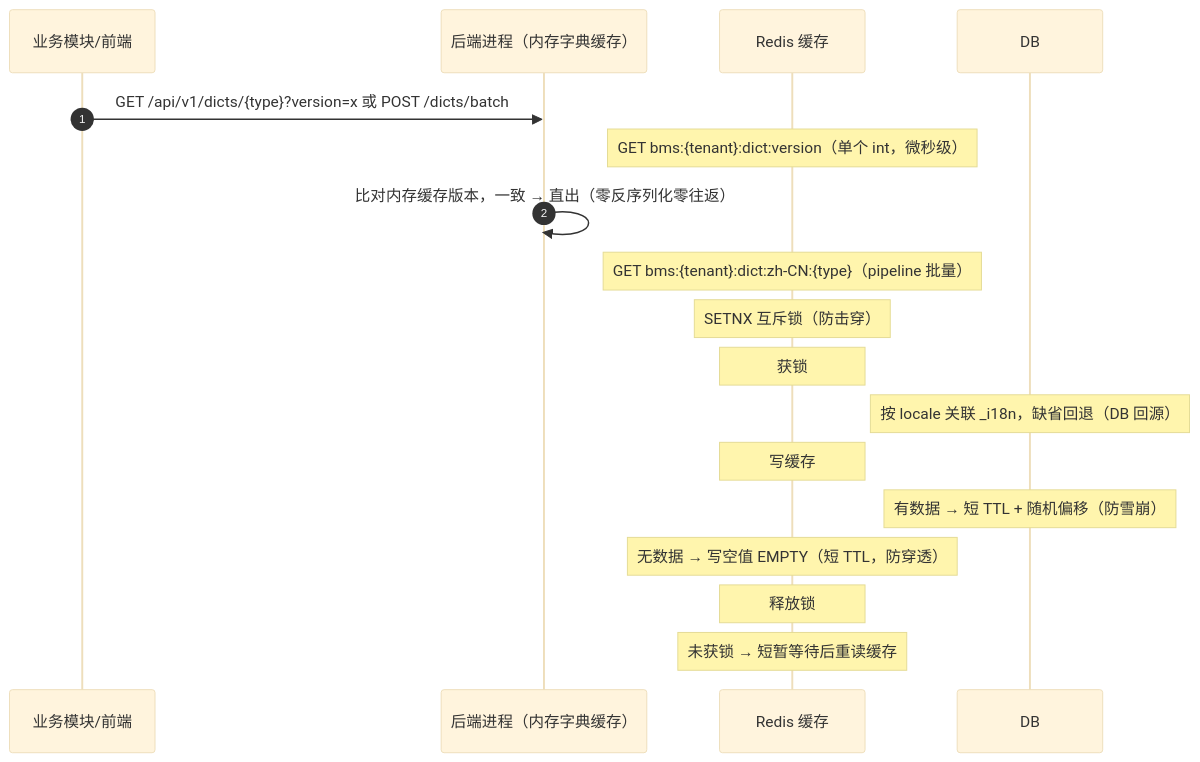
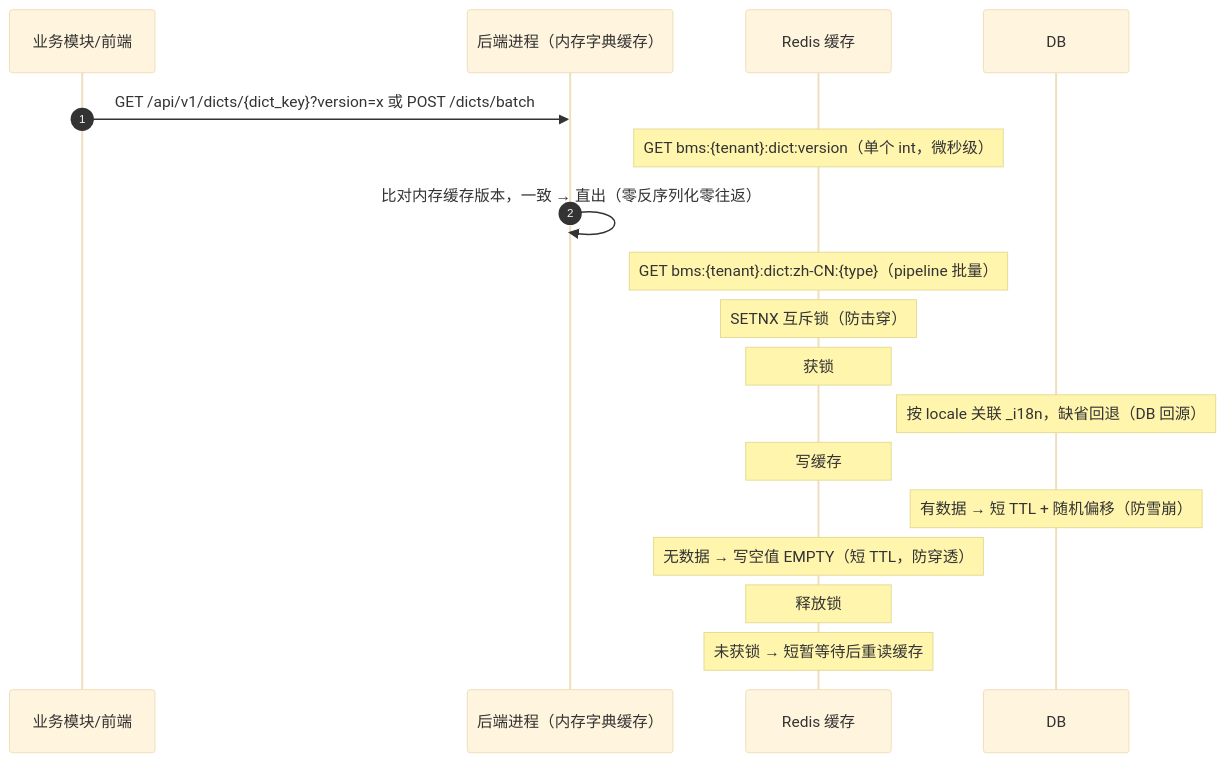
One commit to minjian123/basic-management-system changed the first of 2 diagrams in bms文档/设计/概要设计/09_概要设计_字典管理.md. Above: the diagram before and after it, drawn with Mermaid (base theme). The commit also changed other lines of this file and 14 other files, not shown here.

Commit message:
docs(设计): 02_09 字典口径全层收口——概设09/06/29、组件设计（字典字段/状态标签/枚举/选项源/多语言）、布局14、方言MySQL、术语统一 dict_key

````diff
--- a/bms文档/设计/概要设计/09_概要设计_字典管理.md
+++ b/bms文档/设计/概要设计/09_概要设计_字典管理.md
@@ -58,21 +57,21 @@
 ```mermaid
 sequenceDiagram
     autonumber
     participant 业务模块 as 业务模块/前端
     participant 后端进程 as 后端进程（内存字典缓存）
     participant Redis 缓存
     participant DB
 
-    业务模块->>后端进程: GET /api/v1/dicts/{type}?version=x 或 POST /dicts/batch
+    业务模块->>后端进程: GET /api/v1/dicts/{dict_key}?version=x 或 POST /dicts/batch
     Note over Redis 缓存: GET bms:{tenant}:dict:version（单个 int，微秒级）
     后端进程->>后端进程: 比对内存缓存版本，一致 → 直出（零反序列化零往返）
     Note over Redis 缓存: GET bms:{tenant}:dict:zh-CN:{type}（pipeline 批量）
     Note over Redis 缓存: SETNX 互斥锁（防击穿）
     Note over Redis 缓存: 获锁
     Note over DB: 按 locale 关联 _i18n，缺省回退（DB 回源）
     Note over Redis 缓存: 写缓存
     Note over DB: 有数据 → 短 TTL + 随机偏移（防雪崩）
     Note over Redis 缓存: 无数据 → 写空值 EMPTY（短 TTL，防穿透）
     Note over Redis 缓存: 释放锁
     Note over Redis 缓存: 未获锁 → 短暂等待后重读缓存
 ```
````
